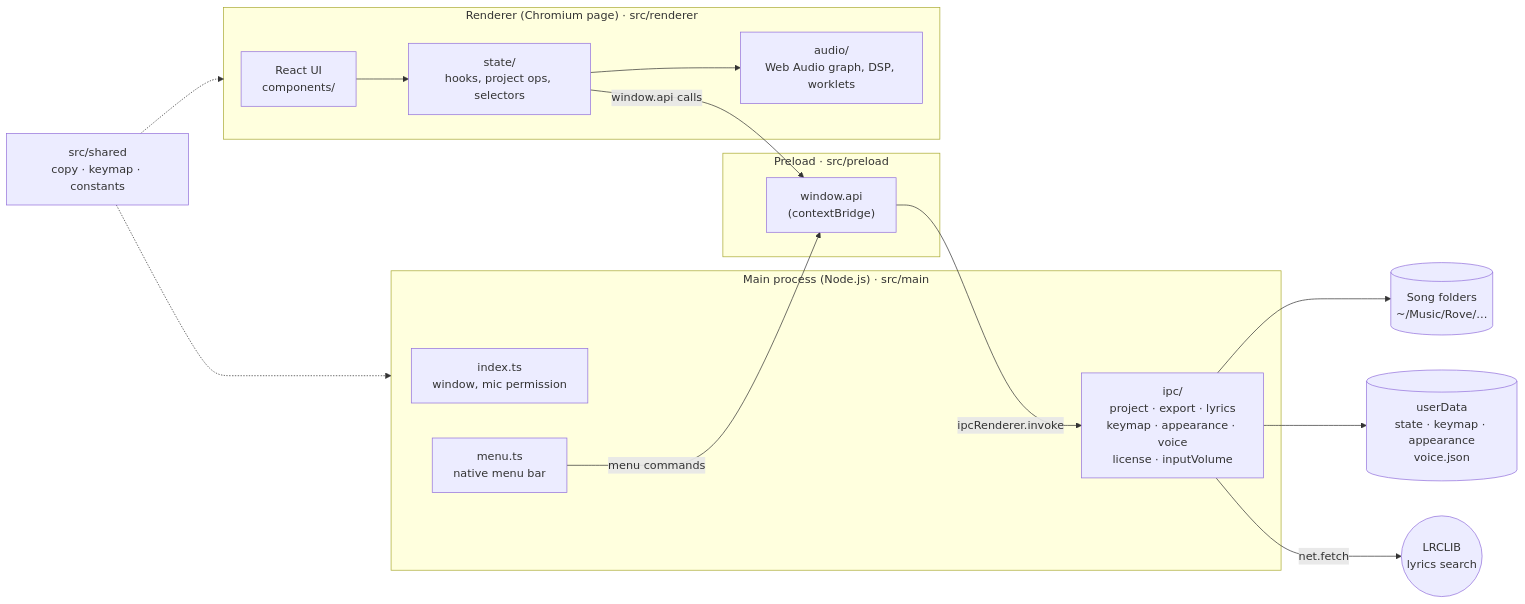
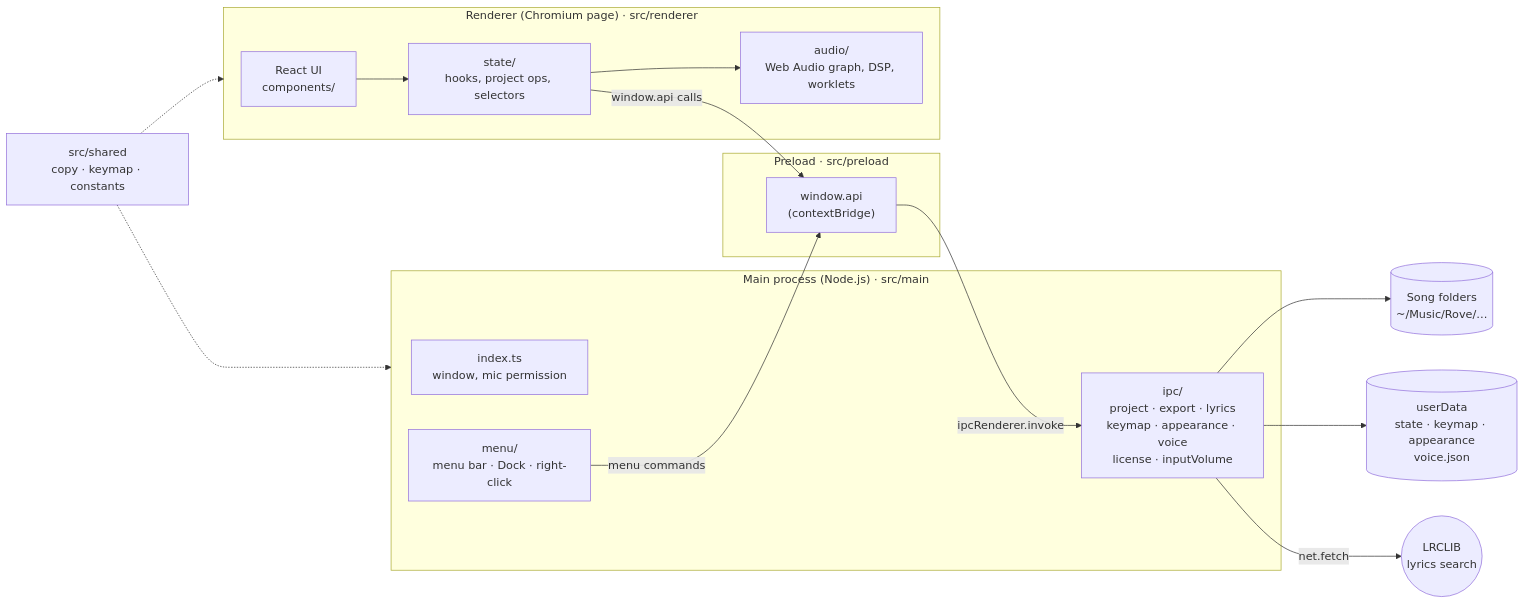
The first of 6 diagrams in docs/architecture.md (andy-techen/rove), drawn with Mermaid before and after one commit. The commit also changed 5 other files, not shown here.

First line of the commit message:
Split main/menu.ts into the menu bar, Dock and right-click menus

````diff
--- a/docs/architecture.md
+++ b/docs/architecture.md
@@ -10,30 +10,30 @@
 ```mermaid
 flowchart LR
   subgraph Main["Main process (Node.js) · src/main"]
     index["index.ts<br/>window, mic permission"]
-    menu["menu.ts<br/>native menu bar"]
+    menu["menu/<br/>menu bar · Dock · right-click"]
     ipc["ipc/<br/>project · export · lyrics<br/>keymap · appearance · voice<br/>license · inputVolume"]
   end
 
   subgraph Preload["Preload · src/preload"]
     api["window.api<br/>(contextBridge)"]
   end
 
   subgraph Renderer["Renderer (Chromium page) · src/renderer"]
     react["React UI<br/>components/"]
     state["state/<br/>hooks, project ops, selectors"]
     audio["audio/<br/>Web Audio graph, DSP, worklets"]
   end
 
   shared["src/shared<br/>copy · keymap · constants"]
 
   react --> state --> audio
   state -- "window.api calls" --> api
   api -- "ipcRenderer.invoke" --> ipc
   menu -- "menu commands" --> api
   ipc --> disk[("Song folders<br/>~/Music/Rove/…")]
   ipc --> userData[("userData<br/>state · keymap · appearance<br/>voice.json")]
   ipc -- "net.fetch" --> lrclib(("LRCLIB<br/>lyrics search"))
   shared -.-> Main
   shared -.-> Renderer
 ```
````
